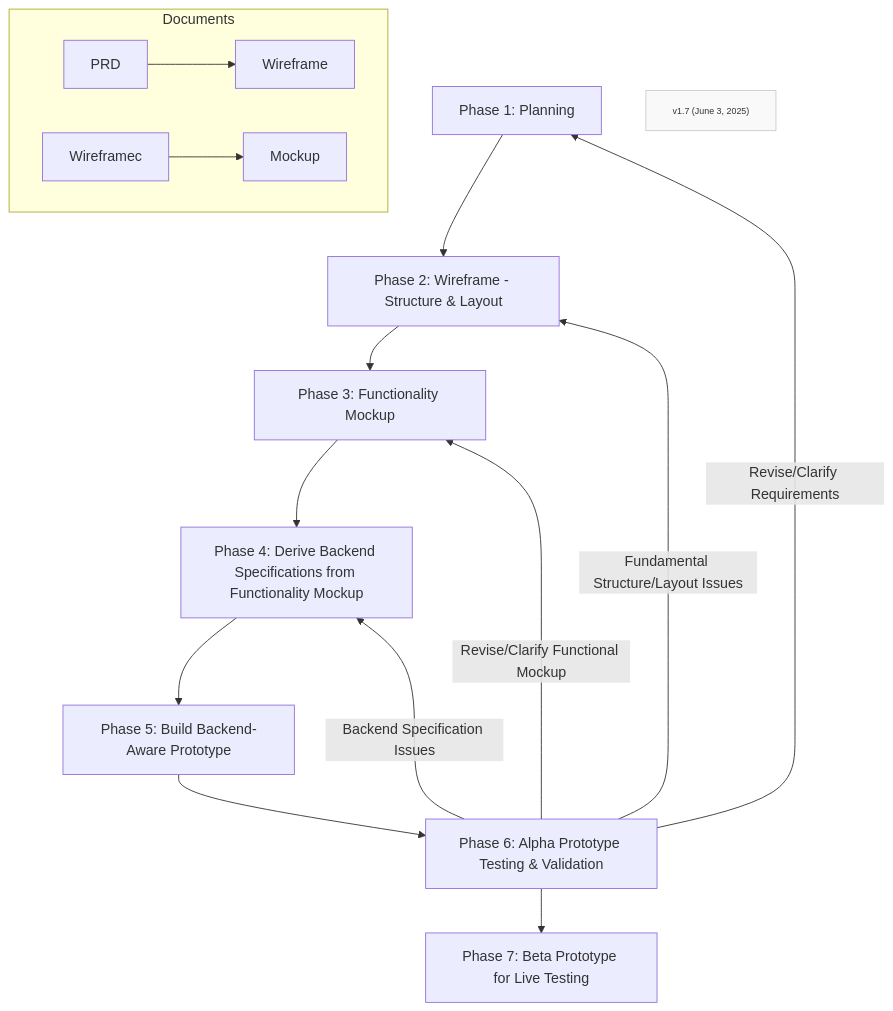
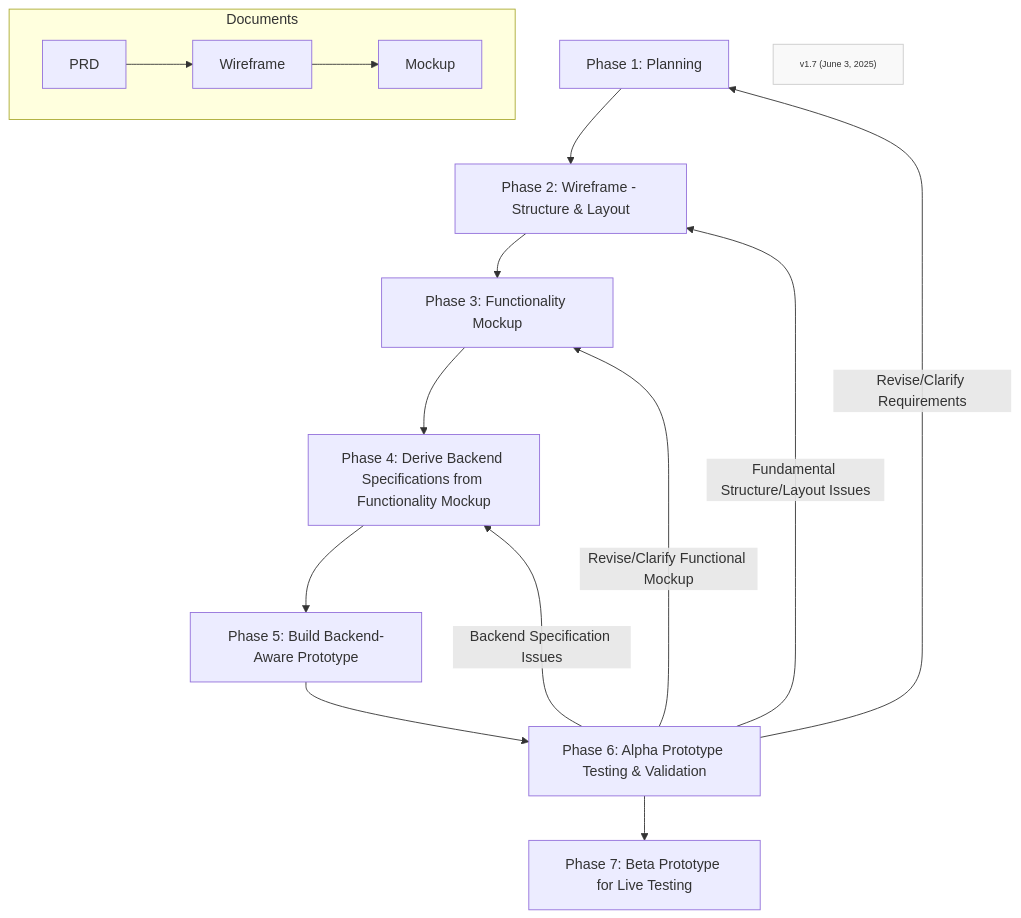
The diagram in Phases/FF-overview.md (Mharbulous/Front-First-Method), drawn with Mermaid before and after one commit.

````diff
--- a/Phases/FF-overview.md
+++ b/Phases/FF-overview.md
@@ -1,25 +1,25 @@
 ```mermaid
 graph TD
     Phase1["Phase 1: Planning"] --> Phase2["Phase 2: Wireframe - Structure & Layout"]
     Phase2 --> Phase3["Phase 3: Functionality Mockup"]
     Phase3 --> Phase4["Phase 4: Derive Backend Specifications from Functionality Mockup"]
     Phase4 --> Phase5["Phase 5: Build Backend-Aware Prototype"]
     Phase5 --> Phase6["Phase 6: Alpha Prototype Testing & Validation"]
     Phase6 --> Phase7["Phase 7: Beta Prototype for Live Testing"]
     
     Phase6 -->|Revise/Clarify Requirements| Phase1
     Phase6 -->|Fundamental Structure/Layout Issues| Phase2
     Phase6 -->|Revise/Clarify Functional Mockup| Phase3
     Phase6 -->|Backend Specification Issues| Phase4    
     
     subgraph Files["Documents"]
         PRD --> Wireframe
-        Wireframec --> Mockup
+        Wireframe --> Mockup
 
 
     end
 
     VersionInfo["v1.7 (June 3, 2025)"]
     classDef version fill:#f9f9f9,stroke:#ccc,font-size:10px;
     class VersionInfo version
 ```
````
